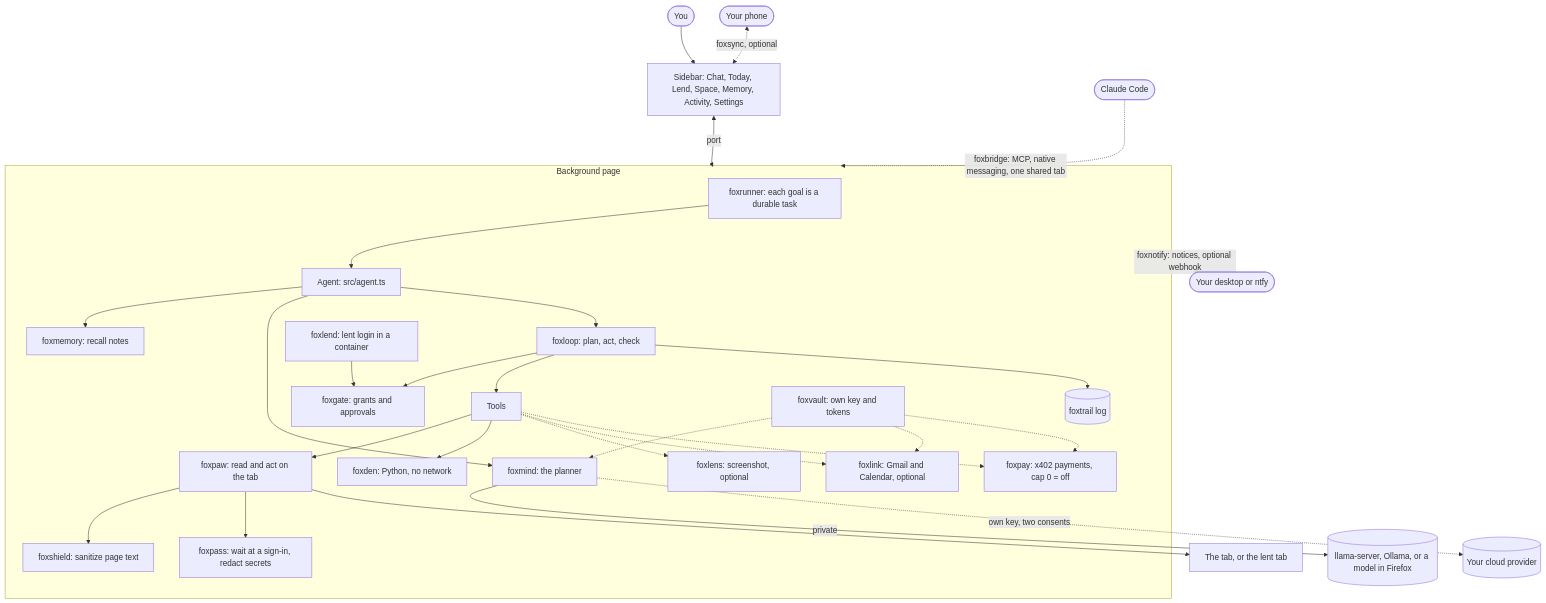
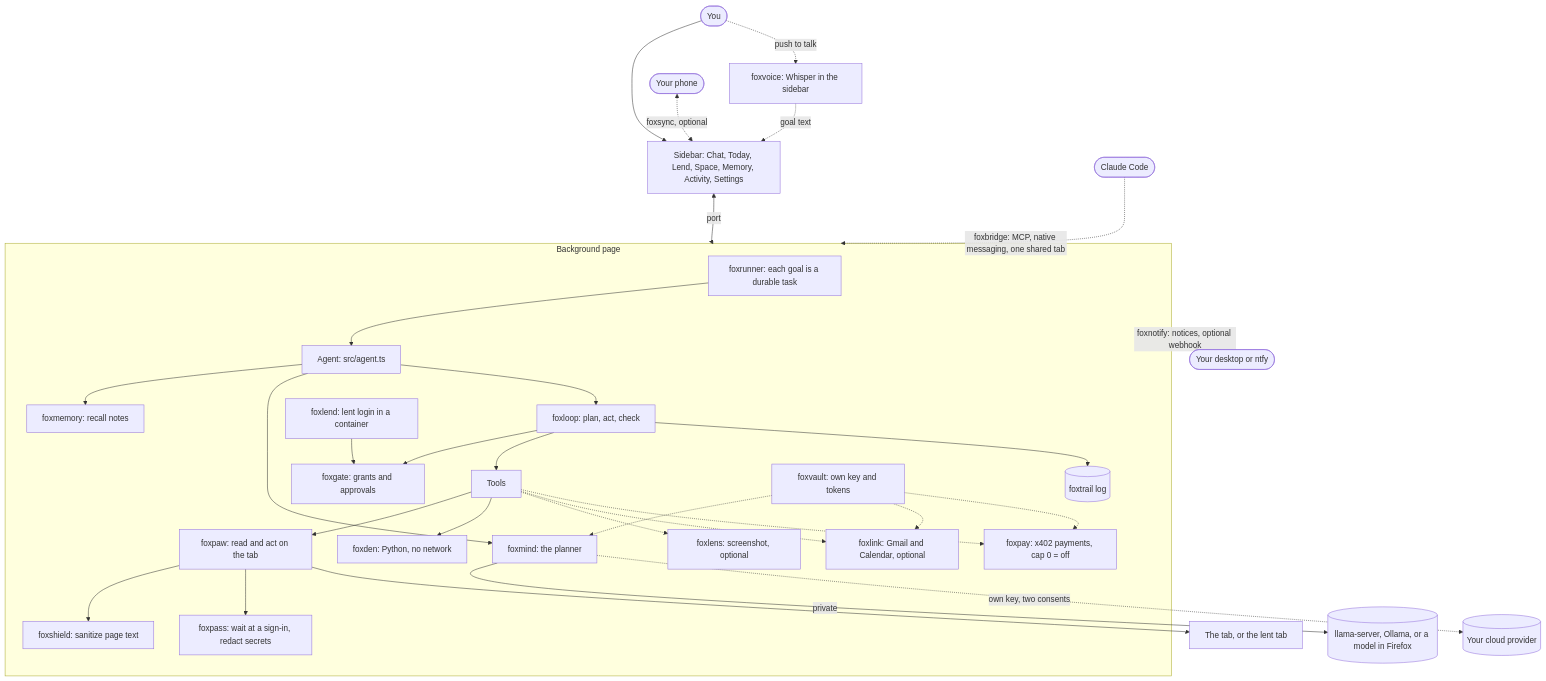
Before and after one commit to pooriaarab/foxmate: the first of 3 diagrams in README.md, drawn with Mermaid. The commit also changed other lines of this file and 16 other files, not shown here.

Commit message:
[FMT-88] Add push to talk with foxvoice (#89)

````diff
--- a/README.md
+++ b/README.md
@@ -84,31 +85,32 @@
 ```mermaid
 flowchart TB
   user([You]) --> sidebar[Sidebar: Chat, Today, Lend, Space, Memory, Activity, Settings]
+  user -.->|push to talk| voice[foxvoice: Whisper in the sidebar] -.->|goal text| sidebar
   sidebar <-->|port| bg[Background page]
   phone([Your phone]) <-.->|foxsync, optional| sidebar
   bg -.->|foxnotify: notices, optional webhook| you([Your desktop or ntfy])
   claude([Claude Code]) -.->|foxbridge: MCP, native messaging, one shared tab| bg
   subgraph bg[Background page]
     runner[foxrunner: each goal is a durable task] --> agent[Agent: src/agent.ts]
     agent --> recall[foxmemory: recall notes]
     agent --> brain[foxmind: the planner]
     agent --> loop[foxloop: plan, act, check]
     loop --> gate[foxgate: grants and approvals]
     loop --> tools[Tools]
     loop --> trail[(foxtrail log)]
     tools --> paw[foxpaw: read and act on the tab]
     paw --> shield[foxshield: sanitize page text]
     paw --> pass[foxpass: wait at a sign-in, redact secrets]
     tools --> den[foxden: Python, no network]
     tools -.-> lens[foxlens: screenshot, optional]
     tools -.-> link[foxlink: Gmail and Calendar, optional]
     tools -.-> pay[foxpay: x402 payments, cap 0 = off]
     lend[foxlend: lent login in a container] --> gate
     vault[foxvault: own key and tokens] -.-> brain
     vault -.-> link
     vault -.-> pay
   end
   brain -->|private| local[(llama-server, Ollama, or a model in Firefox)]
   brain -.->|own key, two consents| cloud[(Your cloud provider)]
   paw --> tab[The tab, or the lent tab]
 ```
````
